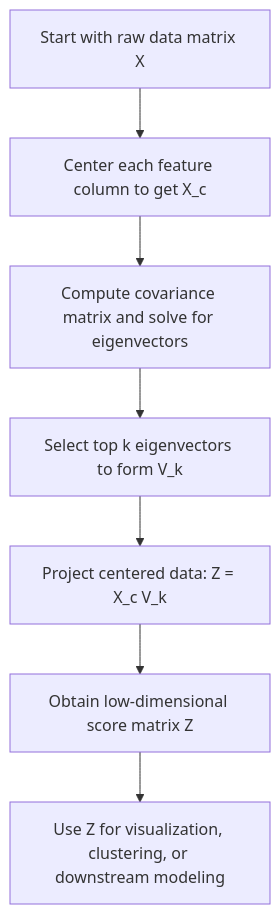
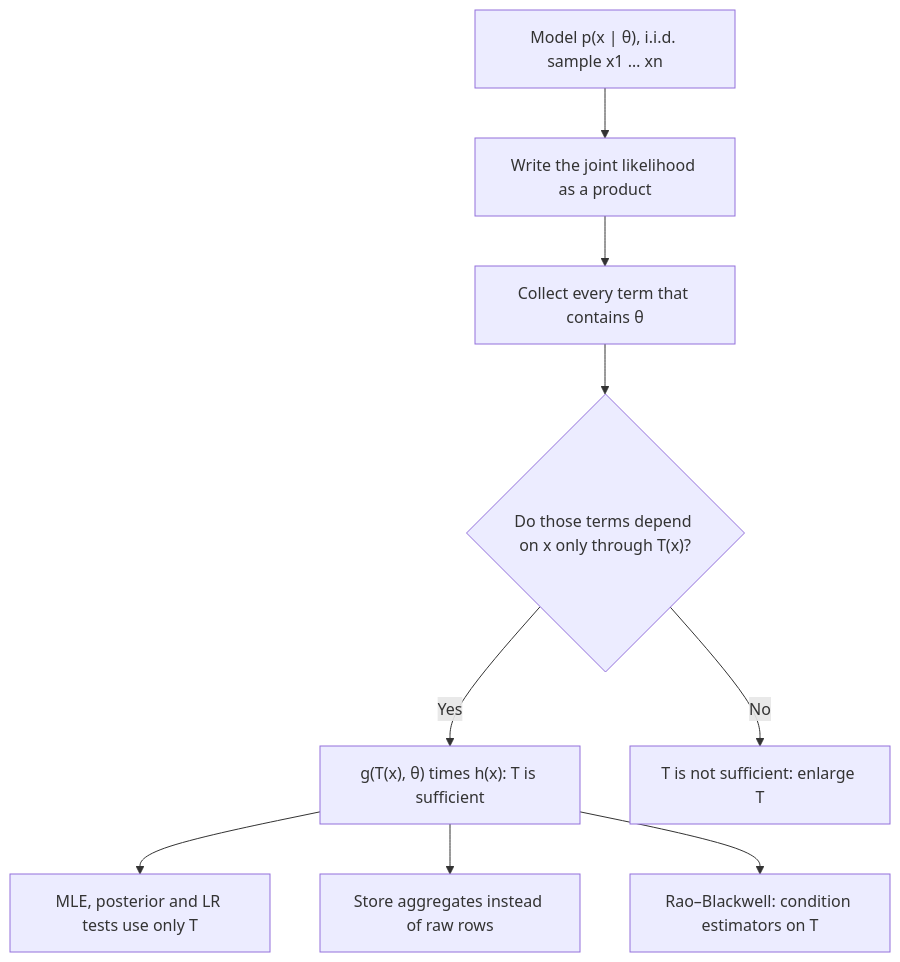
Before and after one commit to RafaelBraga-Kribitz/braga-portfolio-v2: the diagram in vault/Notes/en/06_ml_math/machine_learning_foundations/sufficient_statistics_and_the_fisher_neyman_theorem/fisher_neyman_theorem.md, drawn with Mermaid. The commit also changed other lines of this file and 25 other files, not shown here.

````diff
--- a/vault/Notes/en/06_ml_math/machine_learning_foundations/sufficient_statistics_and_the_fisher_neyman_theorem/fisher_neyman_theorem.md
+++ b/vault/Notes/en/06_ml_math/machine_learning_foundations/sufficient_statistics_and_the_fisher_neyman_theorem/fisher_neyman_theorem.md
@@ -131,9 +23,11 @@
 ```mermaid
 flowchart TD
-    A["Start with raw data matrix X"] --> B["Center each feature column to get X_c"]
-    B --> C["Compute covariance matrix and solve for eigenvectors"]
-    C --> D["Select top k eigenvectors to form V_k"]
-    D --> E["Project centered data: Z = X_c V_k"]
-    E --> F["Obtain low-dimensional score matrix Z"]
-    F --> G["Use Z for visualization, clustering, or downstream modeling"]
+    A["Model p(x | θ), i.i.d. sample x1 … xn"] --> B["Write the joint likelihood as a product"]
+    B --> C["Collect every term that contains θ"]
+    C --> D{"Do those terms depend on x only through T(x)?"}
+    D -->|"Yes"| E["g(T(x), θ) times h(x): T is sufficient"]
+    D -->|"No"| F["T is not sufficient: enlarge T"]
+    E --> G["MLE, posterior and LR tests use only T"]
+    E --> H["Store aggregates instead of raw rows"]
+    E --> I["Rao–Blackwell: condition estimators on T"]
 ```
````
